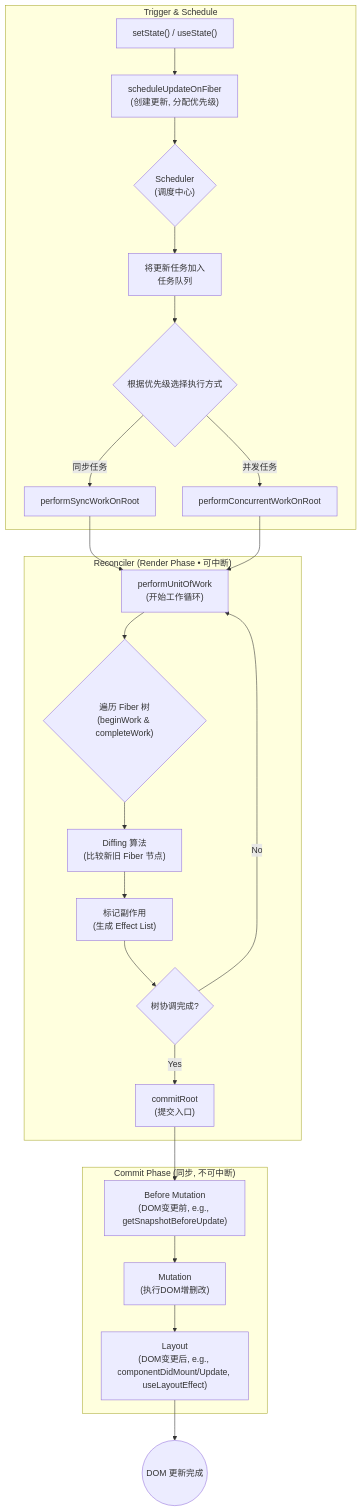
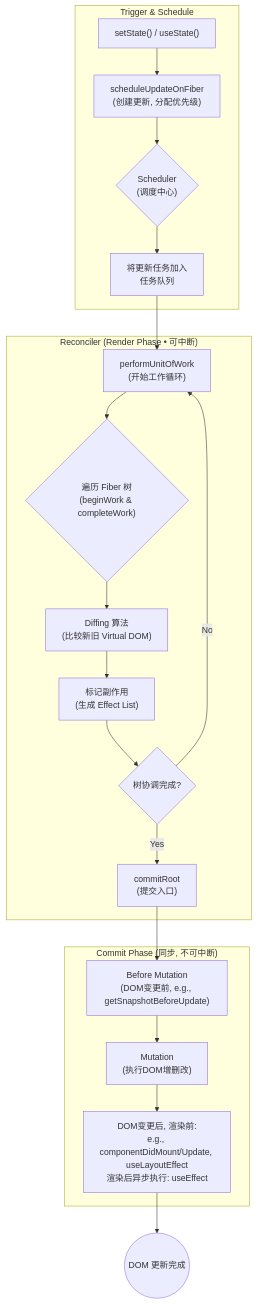
Before and after one commit to ChichengL/ChichengL.github.io: the first of 2 diagrams in docs/blog/FrontEnd/Framework/Vue-React/update.md, drawn with Mermaid. The commit also changed other lines of this file and 1 other file, not shown here.

Commit message:
docs(Vue-React): 更新Vue-React更新流程图表，优化内容和结构

````diff
--- a/docs/blog/FrontEnd/Framework/Vue-React/update.md
+++ b/docs/blog/FrontEnd/Framework/Vue-React/update.md
@@ -49,31 +49,27 @@
 ```mermaid
 graph TD
     subgraph "Trigger & Schedule"
         A["setState() / useState()"] --> B["scheduleUpdateOnFiber<br/>(创建更新, 分配优先级)"]
         B --> C{"Scheduler<br/>(调度中心)"}
         C --> D["将更新任务加入<br/>任务队列"]
-        D --> E{"根据优先级选择执行方式"}
-        E -->|同步任务| F["performSyncWorkOnRoot"]
-        E -->|并发任务| G["performConcurrentWorkOnRoot"]
     end
 
     subgraph "Reconciler (Render Phase • 可中断)"
-        F --> H["performUnitOfWork<br/>(开始工作循环)"]
-        G --> H
-        H --> I{"遍历 Fiber 树<br/>(beginWork & completeWork)"}
-        I --> J["Diffing 算法<br/>(比较新旧 Fiber 节点)"]
-        J --> K["标记副作用<br/>(生成 Effect List)"]
-        K --> L{"树协调完成?"}
-        L -- "No" --> H
-        L -- "Yes" --> M
+        D --> E["performUnitOfWork<br/>(开始工作循环)"]
+        E --> F{"遍历 Fiber 树<br/>(beginWork & completeWork)"}
+        F --> G["Diffing 算法<br/>(比较新旧 Virtual DOM)"]
+        G --> H["标记副作用<br/>(生成 Effect List)"]
+        H --> I{"树协调完成?"}
+        I -- "No" --> E
+        I -- "Yes" --> J
     end
 
     subgraph "Commit Phase (同步, 不可中断)"
-        M["commitRoot<br/>(提交入口)"]
-        M --> N["Before Mutation<br/>(DOM变更前, e.g., getSnapshotBeforeUpdate)"]
-        N --> O["Mutation<br/>(执行DOM增删改)"]
-        O --> P["Layout<br/>(DOM变更后, e.g., componentDidMount/Update, useLayoutEffect)"]
+        J["commitRoot<br/>(提交入口)"]
+        J --> K["Before Mutation<br/>(DOM变更前, e.g., getSnapshotBeforeUpdate)"]
+        K --> L["Mutation<br/>(执行DOM增删改)"]
+        L --> M["DOM变更后, 渲染前:<br/>e.g., componentDidMount/Update, useLayoutEffect<br/>渲染后异步执行: useEffect"]
     end
 
-    P --> Q(("DOM 更新完成"))
+    M --> N(("DOM 更新完成"))
 ```
````
